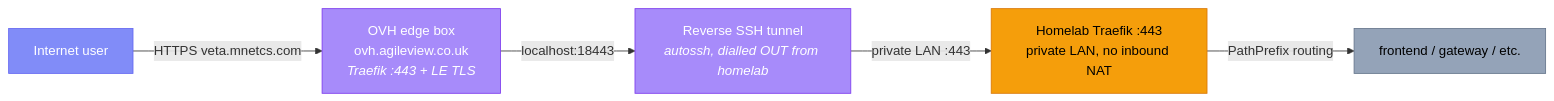
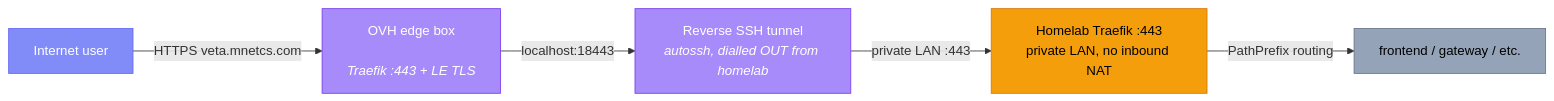
One commit to milesburton/veta-trading-platform changed the first of 8 diagrams in docs/site/src/content/docs/platform/architecture.md. Above: the diagram before and after it, drawn with Mermaid. The commit also changed other lines of this file and 59 other files, not shown here.

````diff
--- a/docs/site/src/content/docs/platform/architecture.md
+++ b/docs/site/src/content/docs/platform/architecture.md
@@ -18,18 +18,18 @@
 ```mermaid
 graph LR
     USER["Internet user"]:::client
-    OVH["OVH edge box<br/>ovh.agileview.co.uk<br/><i>Traefik :443 + LE TLS</i>"]:::edge
+    OVH["OVH edge box<br/><edge-server><br/><i>Traefik :443 + LE TLS</i>"]:::edge
     TUNNEL["Reverse SSH tunnel<br/><i>autossh, dialled OUT from homelab</i>"]:::edge
     HL["Homelab Traefik :443<br/>private LAN, no inbound NAT"]:::gateway
     SVC["frontend / gateway / etc."]:::support
 
     USER -->|"HTTPS veta.mnetcs.com"| OVH
     OVH -->|"localhost:18443"| TUNNEL
     TUNNEL -->|"private LAN :443"| HL
     HL -->|"PathPrefix routing"| SVC
 
     classDef client fill:#818cf8,stroke:#6366f1,color:#fff
     classDef edge fill:#a78bfa,stroke:#7c3aed,color:#fff
     classDef gateway fill:#f59e0b,stroke:#d97706,color:#000
     classDef support fill:#94a3b8,stroke:#64748b,color:#000
 ```
````
